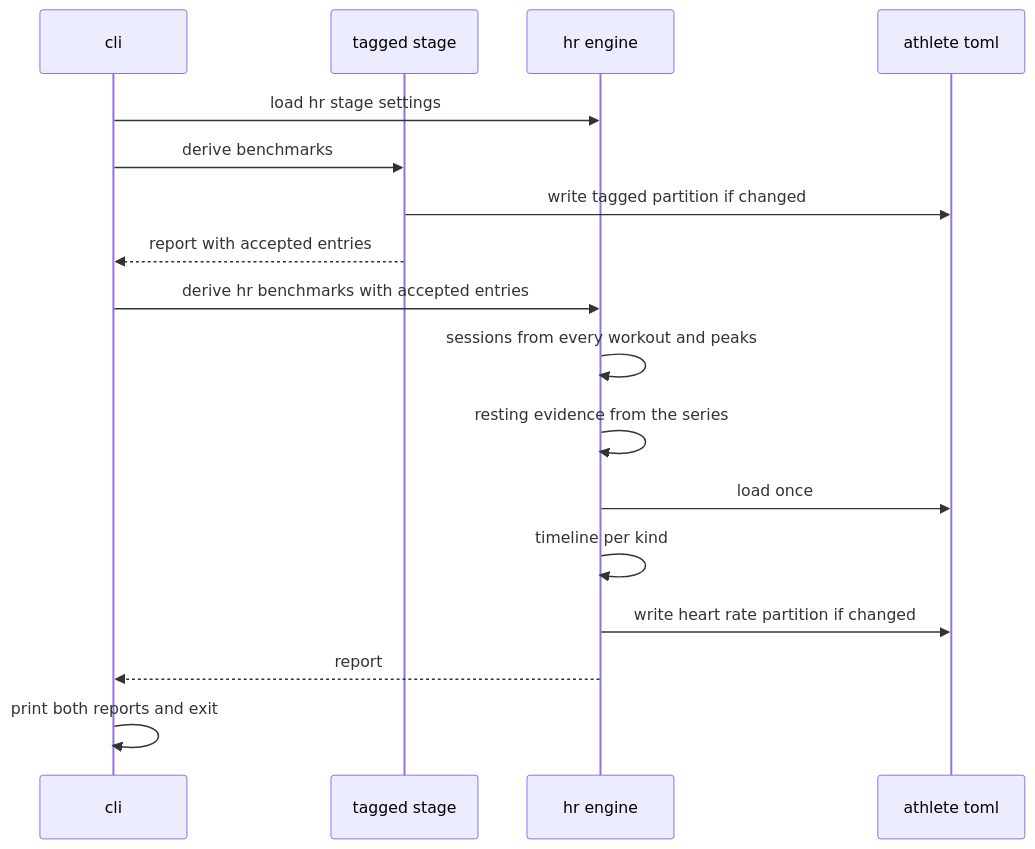
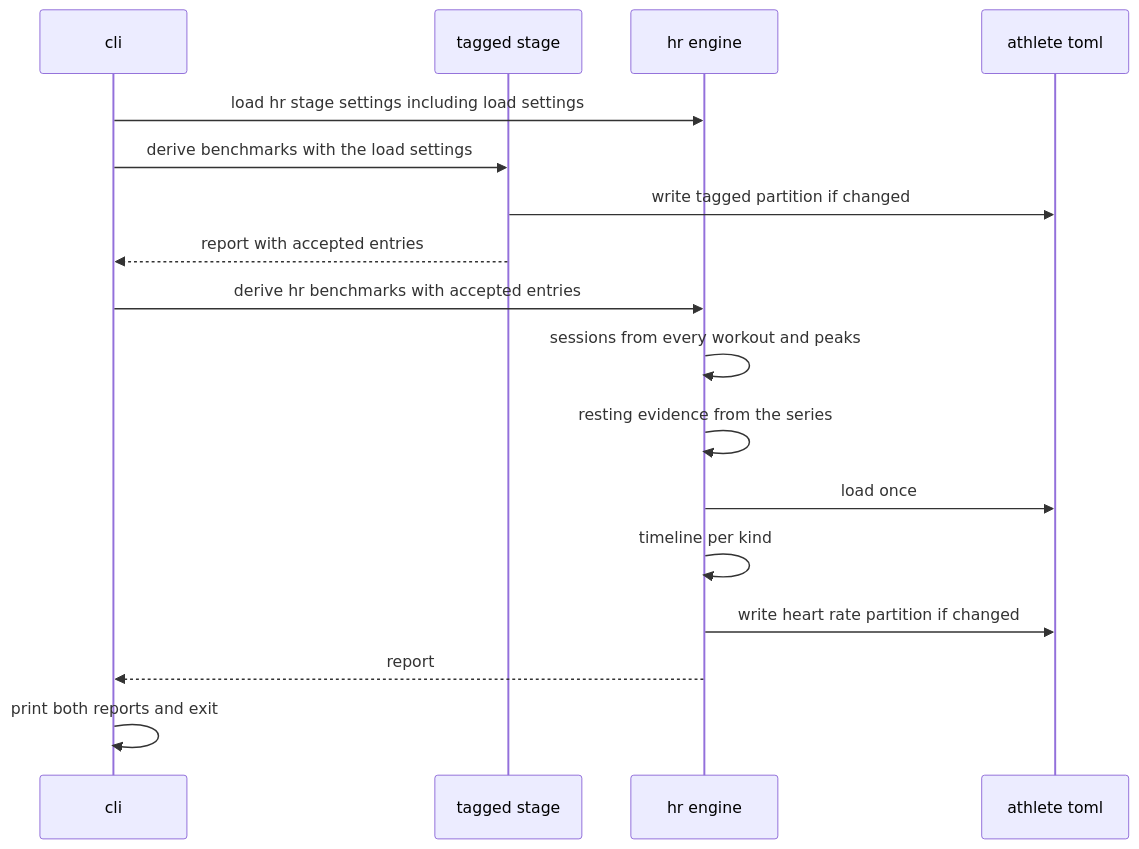
One commit to joshua-stauffer/fitdocs changed the second of 3 diagrams in .kiro/specs/hr-derivation/design.md. Above: the diagram before and after it, drawn with Mermaid. The commit also changed other lines of this file and 3 other files, not shown here.

````diff
--- a/.kiro/specs/hr-derivation/design.md
+++ b/.kiro/specs/hr-derivation/design.md
@@ -289,19 +323,19 @@
 ```mermaid
 sequenceDiagram
     participant Cli as cli
     participant Tagged as tagged stage
     participant Hr as hr engine
     participant Profile as athlete toml
-    Cli->>Hr: load hr stage settings
-    Cli->>Tagged: derive benchmarks
+    Cli->>Hr: load hr stage settings including load settings
+    Cli->>Tagged: derive benchmarks with the load settings
     Tagged->>Profile: write tagged partition if changed
     Tagged-->>Cli: report with accepted entries
     Cli->>Hr: derive hr benchmarks with accepted entries
     Hr->>Hr: sessions from every workout and peaks
     Hr->>Hr: resting evidence from the series
     Hr->>Profile: load once
     Hr->>Hr: timeline per kind
     Hr->>Profile: write heart rate partition if changed
     Hr-->>Cli: report
     Cli->>Cli: print both reports and exit
 ```
````
